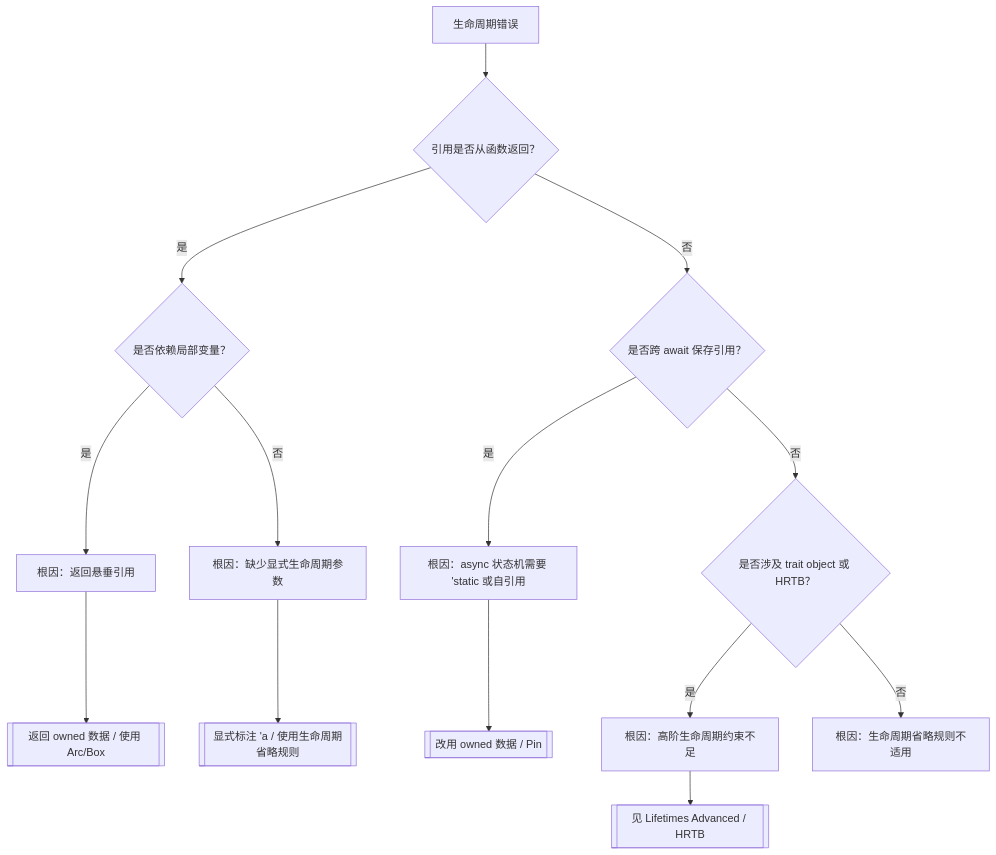
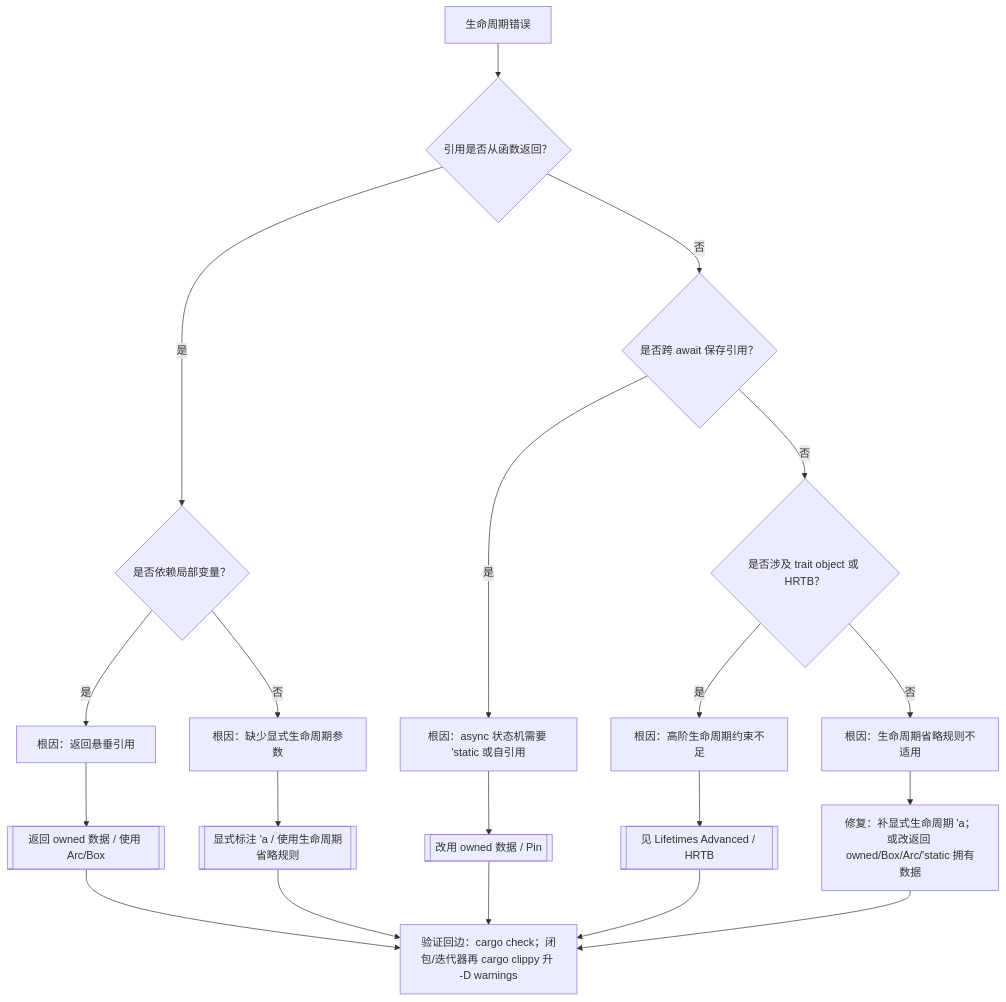
Before and after one commit to martin-ly/rust-lang: the second of 6 diagrams in concept/00_meta/knowledge_topology/09_reasoning_judgment_tree_atlas.md, drawn with Mermaid. The commit also changed other lines of this file and 100 other files, not shown here.

````diff
--- a/concept/00_meta/knowledge_topology/09_reasoning_judgment_tree_atlas.md
+++ b/concept/00_meta/knowledge_topology/09_reasoning_judgment_tree_atlas.md
@@ -51,16 +55,22 @@
 ```mermaid
 flowchart TD
     L[生命周期错误] --> Q1{引用是否从函数返回？}
     Q1 -->|是| Q2{是否依赖局部变量？}
     Q2 -->|是| R1[根因：返回悬垂引用]
     Q2 -->|否| R2[根因：缺少显式生命周期参数]
     Q1 -->|否| Q3{是否跨 await 保存引用？}
     Q3 -->|是| R3[根因：async 状态机需要 'static 或自引用]
     Q3 -->|否| Q4{是否涉及 trait object 或 HRTB？}
     Q4 -->|是| R4[根因：高阶生命周期约束不足]
     Q4 -->|否| R5[根因：生命周期省略规则不适用]
     R1 --> F1[[返回 owned 数据 / 使用 Arc/Box]]
     R2 --> F2[[显式标注 'a / 使用生命周期省略规则]]
     R3 --> F3[[改用 owned 数据 / Pin]]
     R4 --> F4[[见 Lifetimes Advanced / HRTB]]
+    R5 --> F5[修复：补显式生命周期 'a；或改返回 owned/Box/Arc/'static 拥有数据]
+    F1 --> V2[验证回边：cargo check；闭包/迭代器再 cargo clippy 升 -D warnings]
+    F2 --> V2
+    F3 --> V2
+    F4 --> V2
+    F5 --> V2
 ```
````
